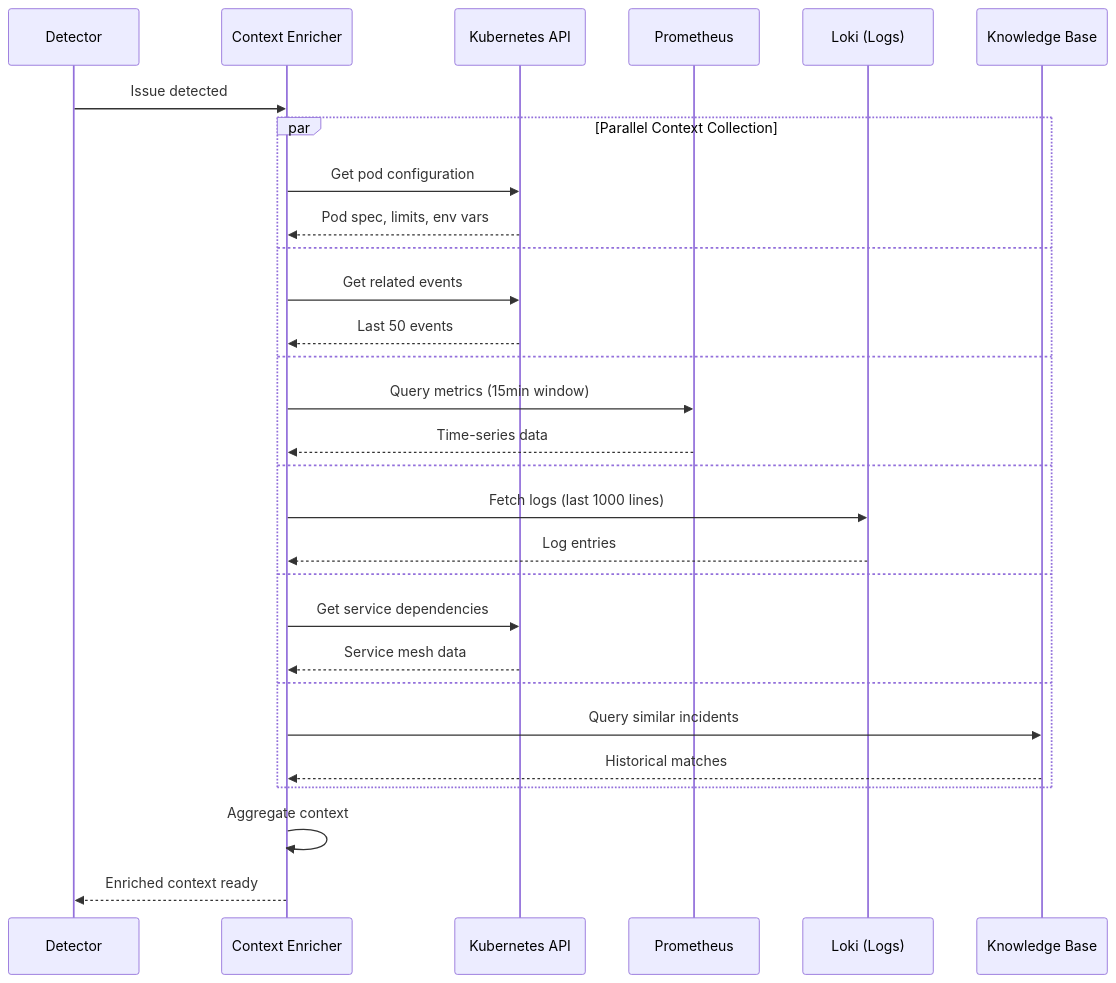
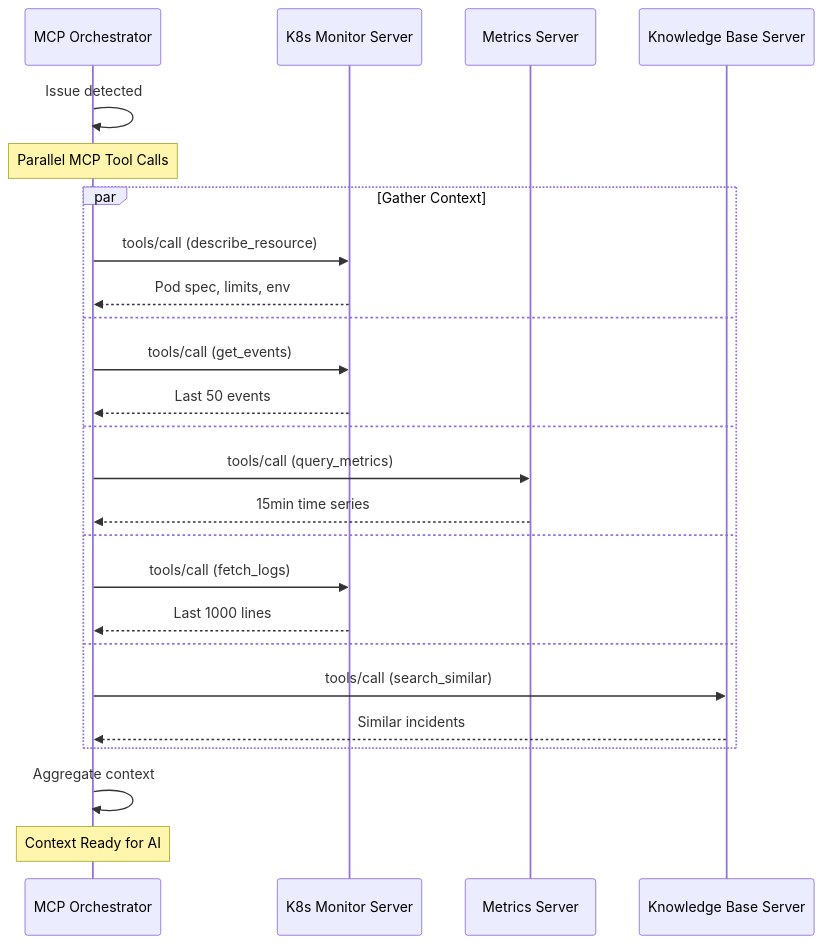
Before and after one commit to ravindra-lakal/KubeSage: diagram 11 of 24 in WORKFLOW.md, drawn with Mermaid. The commit also changed other lines of this file and 7 other files, not shown here.

Commit message:
made the changes for creating the tool as set of mcp servers

````diff
--- a/WORKFLOW.md
+++ b/WORKFLOW.md
@@ -291,34 +418,31 @@
 ```mermaid
 sequenceDiagram
-    participant Det as Detector
-    participant Enrich as Context Enricher
-    participant K8s as Kubernetes API
-    participant Prom as Prometheus
-    participant Loki as Loki (Logs)
-    participant KB as Knowledge Base
+    participant Orch as MCP Orchestrator
+    participant Mon as K8s Monitor Server
+    participant Met as Metrics Server
+    participant KB as Knowledge Base Server
     
-    Det->>Enrich: Issue detected
+    Orch->>Orch: Issue detected
     
-    par Parallel Context Collection
-        Enrich->>K8s: Get pod configuration
-        K8s-->>Enrich: Pod spec, limits, env vars
+    Note over Orch: Parallel MCP Tool Calls
+    
+    par Gather Context
+        Orch->>Mon: tools/call (describe_resource)
+        Mon-->>Orch: Pod spec, limits, env
     and
-        Enrich->>K8s: Get related events
-        K8s-->>Enrich: Last 50 events
+        Orch->>Mon: tools/call (get_events)
+        Mon-->>Orch: Last 50 events
     and
-        Enrich->>Prom: Query metrics (15min window)
-        Prom-->>Enrich: Time-series data
+        Orch->>Met: tools/call (query_metrics)
+        Met-->>Orch: 15min time series
     and
-        Enrich->>Loki: Fetch logs (last 1000 lines)
-        Loki-->>Enrich: Log entries
+        Orch->>Mon: tools/call (fetch_logs)
+        Mon-->>Orch: Last 1000 lines
     and
-        Enrich->>K8s: Get service dependencies
-        K8s-->>Enrich: Service mesh data
-    and
-        Enrich->>KB: Query similar incidents
-        KB-->>Enrich: Historical matches
+        Orch->>KB: tools/call (search_similar)
+        KB-->>Orch: Similar incidents
     end
     
-    Enrich->>Enrich: Aggregate context
-    Enrich-->>Det: Enriched context ready
+    Orch->>Orch: Aggregate context
+    Note over Orch: Context Ready for AI
 ```
````
